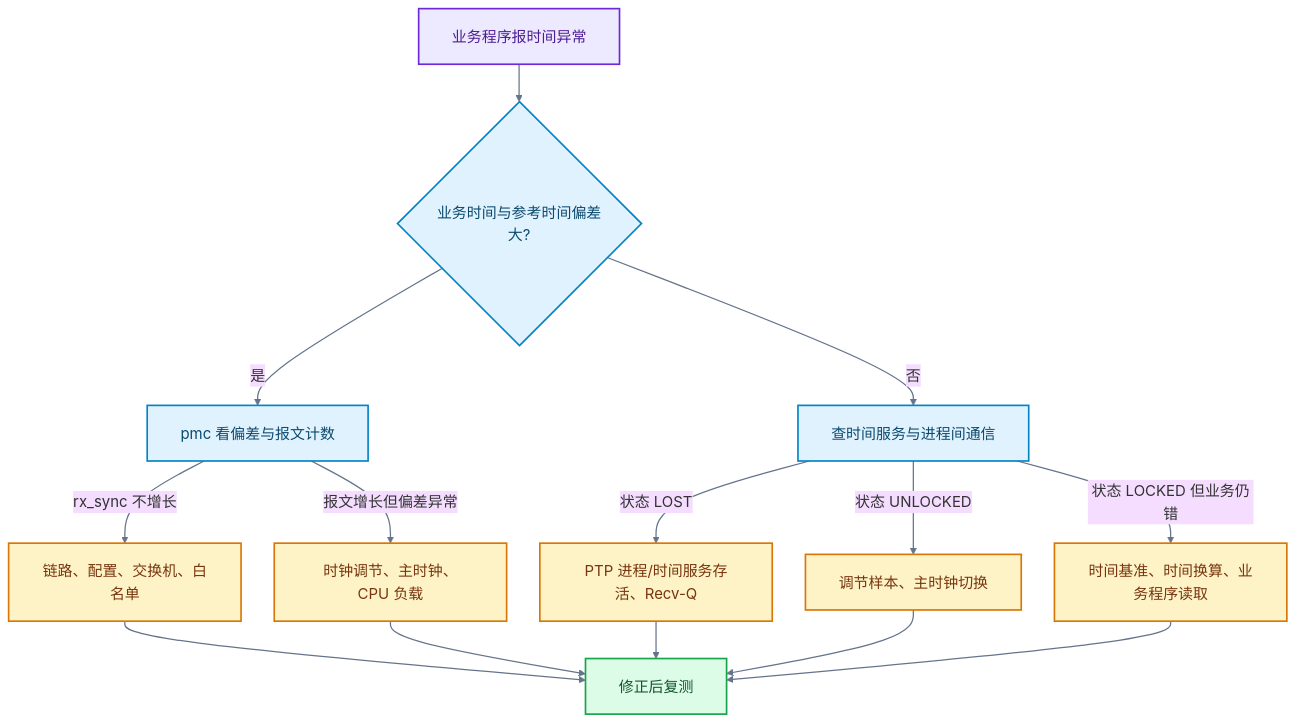
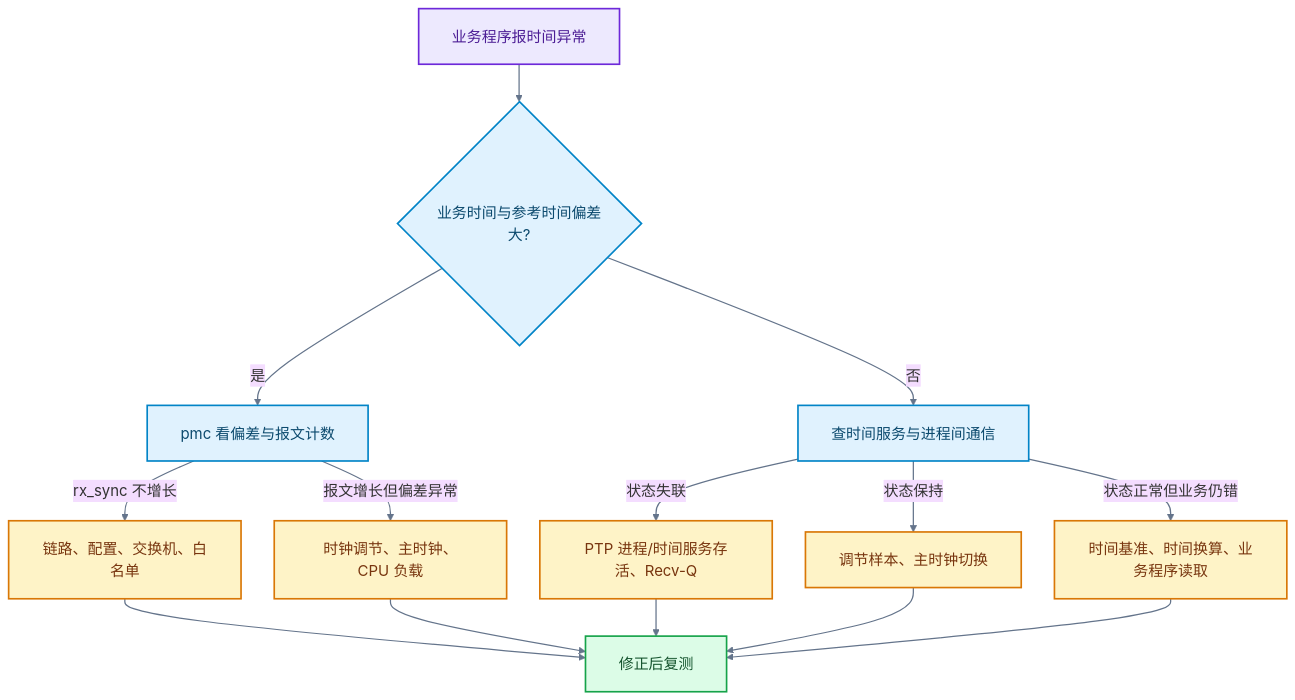
One commit to DeguiLiu/tech-notes changed the third of 5 diagrams in content/posts/performance/ptp_state_machine_field_troubleshooting.md. Above: the diagram before and after it, drawn with Mermaid. The commit also changed other lines of this file, not shown here.

Commit message:
story-docs(blog): use generic PTP states in public post

````diff
--- a/content/posts/performance/ptp_state_machine_field_troubleshooting.md
+++ b/content/posts/performance/ptp_state_machine_field_troubleshooting.md
@@ -230,27 +242,27 @@
 ```mermaid
 %%{init: {"theme":"base","themeVariables":{"fontFamily":"sans-serif","fontSize":"18px","lineColor":"#455A64"},"flowchart":{"htmlLabels":true,"padding":20,"nodeSpacing":40,"rankSpacing":45}}}%%
 flowchart TD
     A["业务程序报时间异常"] --> B{"业务时间与参考时间偏差大?"}
     B -->|"是"| C["pmc 看偏差与报文计数"]
     B -->|"否"| D["查时间服务与进程间通信"]
     C -->|"rx_sync 不增长"| E["链路、配置、交换机、白名单"]
     C -->|"报文增长但偏差异常"| F["时钟调节、主时钟、CPU 负载"]
-    D -->|"状态 LOST"| G["PTP 进程/时间服务存活、Recv-Q"]
-    D -->|"状态 UNLOCKED"| H["调节样本、主时钟切换"]
-    D -->|"状态 LOCKED 但业务仍错"| I["时间基准、时间换算、业务程序读取"]
+    D -->|"状态失联"| G["PTP 进程/时间服务存活、Recv-Q"]
+    D -->|"状态保持"| H["调节样本、主时钟切换"]
+    D -->|"状态正常但业务仍错"| I["时间基准、时间换算、业务程序读取"]
     E --> J["修正后复测"]
     F --> J
     G --> J
     H --> J
     I --> J
 
     classDef start fill:#EDE9FE,stroke:#6D28D9,stroke-width:2px,color:#4C1D95
     classDef check fill:#E0F2FE,stroke:#0284C7,stroke-width:2px,color:#0C4A6E
     classDef fix fill:#FEF3C7,stroke:#D97706,stroke-width:2px,color:#78350F
     classDef done fill:#DCFCE7,stroke:#16A34A,stroke-width:2px,color:#14532D
     class A start
     class B,C,D check
     class E,F,G,H,I fix
     class J done
     linkStyle default stroke:#64748B,stroke-width:1.5px
 ```
````
